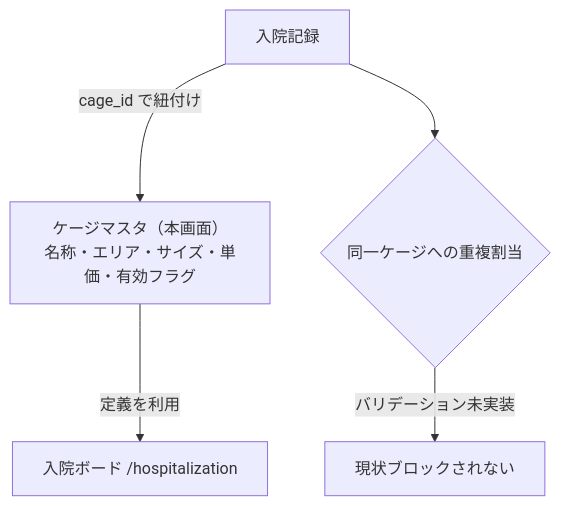
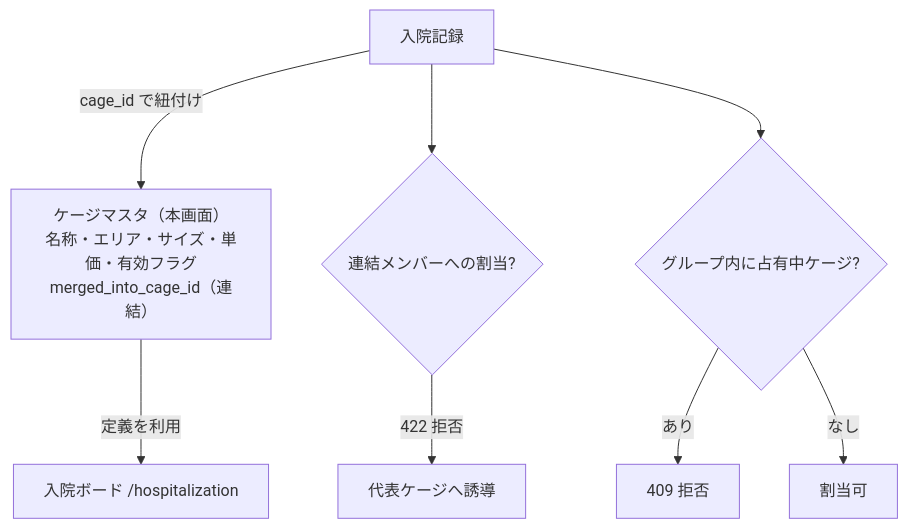
One commit to MinoruSoga/AnimalEkarte changed the diagram in docs/spec/screens/settings/master-cage.md. Above: the diagram before and after it, drawn with Mermaid. The commit also changed other lines of this file and 68 other files, not shown here.

````diff
--- a/docs/spec/screens/settings/master-cage.md
+++ b/docs/spec/screens/settings/master-cage.md
@@ -36,8 +61,11 @@
 ```mermaid
 flowchart TB
-    M["ケージマスタ（本画面）<br>名称・エリア・サイズ・単価・有効フラグ"]
+    M["ケージマスタ（本画面）<br>名称・エリア・サイズ・単価・有効フラグ<br>merged_into_cage_id（連結）"]
     M -->|定義を利用| B["入院ボード /hospitalization"]
     R["入院記録"] -->|cage_id で紐付け| M
-    R --> D{"同一ケージへの重複割当"}
-    D -->|バリデーション未実装| X["現状ブロックされない"]
+    R --> D{"連結メンバーへの割当?"}
+    D -->|422 拒否| X["代表ケージへ誘導"]
+    R --> E{"グループ内に占有中ケージ?"}
+    E -->|あり| Y["409 拒否"]
+    E -->|なし| Z["割当可"]
 ```
````
